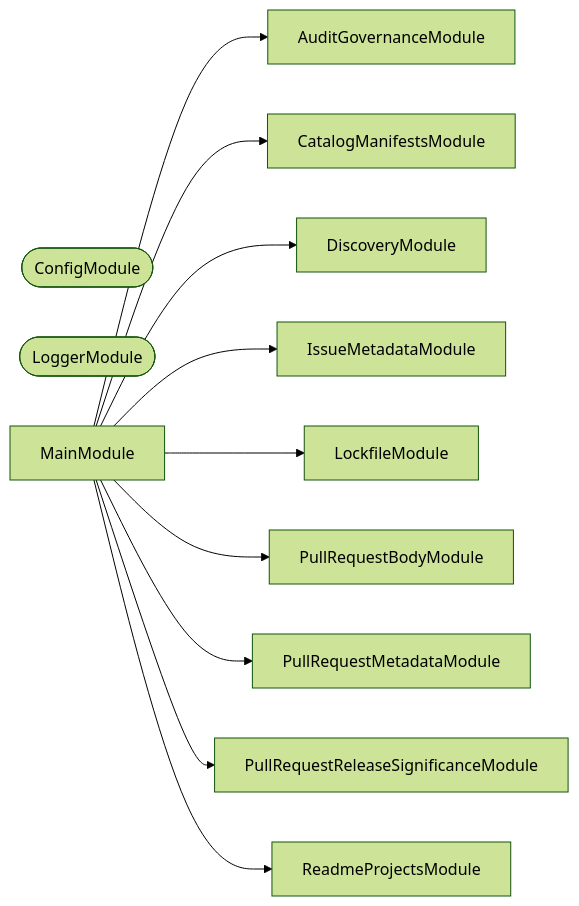
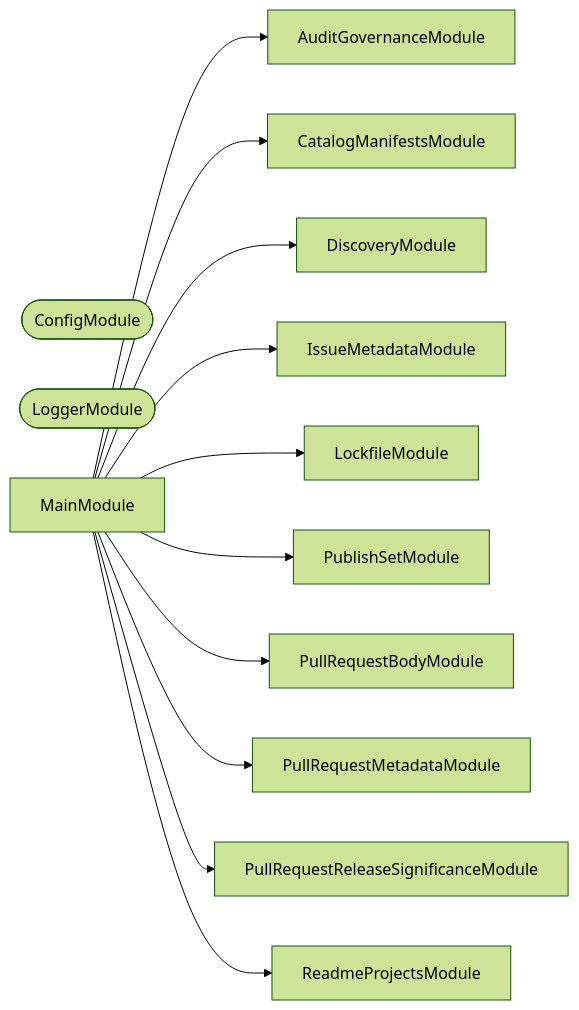
Before and after one commit to JimmyPaolini/codebase: the second of 3 diagrams in tools/validation/README.md, drawn with Mermaid (forest theme). The commit also changed other lines of this file and 3 other files, not shown here.

````diff
--- a/tools/validation/README.md
+++ b/tools/validation/README.md
@@ -395,24 +418,26 @@
 ```mermaid
 flowchart LR
   AuditGovernanceModule
   CatalogManifestsModule
   ConfigModule([ConfigModule])
   DiscoveryModule
   IssueMetadataModule
   LockfileModule
   LoggerModule([LoggerModule])
   MainModule
+  PublishSetModule
   PullRequestBodyModule
   PullRequestMetadataModule
   PullRequestReleaseSignificanceModule
   ReadmeProjectsModule
   MainModule --> AuditGovernanceModule
   MainModule --> CatalogManifestsModule
   MainModule --> DiscoveryModule
   MainModule --> IssueMetadataModule
   MainModule --> LockfileModule
+  MainModule --> PublishSetModule
   MainModule --> PullRequestBodyModule
   MainModule --> PullRequestMetadataModule
   MainModule --> PullRequestReleaseSignificanceModule
   MainModule --> ReadmeProjectsModule
 ```
````
